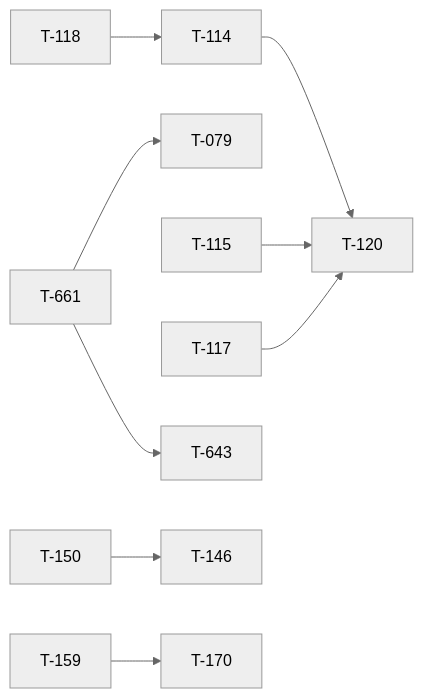
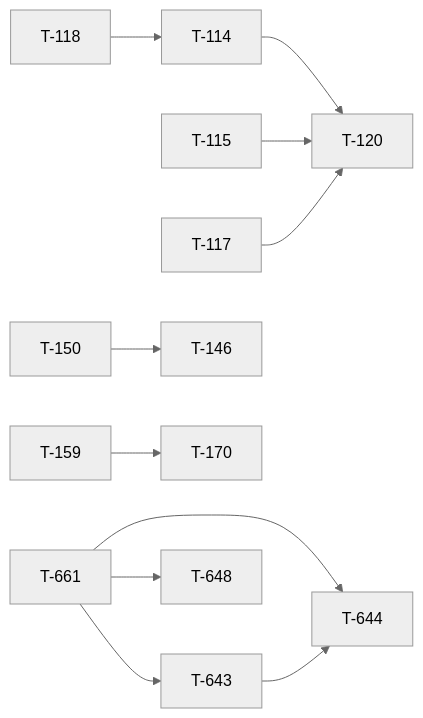
The diagram in docs/TICKET_LEAD.md (darkforce09/TBD-reforger), drawn with Mermaid (neutral theme) before and after one commit. The commit also changed other lines of this file and 8 other files, not shown here.

````diff
--- a/docs/TICKET_LEAD.md
+++ b/docs/TICKET_LEAD.md
@@ -28,11 +28,13 @@
 ```mermaid
 flowchart LR
-  T661[T-661] --> T079[T-079]
   T118[T-118] --> T114[T-114]
   T114[T-114] --> T120[T-120]
   T115[T-115] --> T120[T-120]
   T117[T-117] --> T120[T-120]
   T150[T-150] --> T146[T-146]
   T159[T-159] --> T170[T-170]
   T661[T-661] --> T643[T-643]
+  T661[T-661] --> T648[T-648]
+  T661[T-661] --> T644[T-644]
+  T643[T-643] --> T644[T-644]
 ```
````
